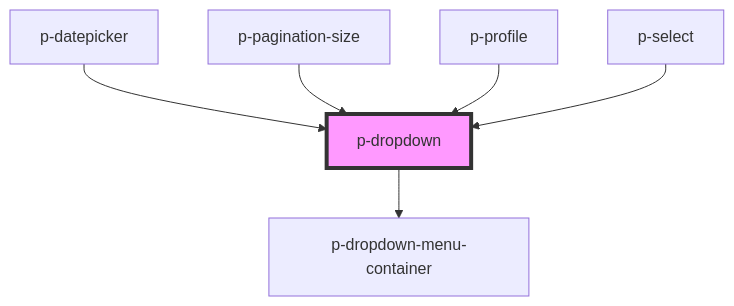
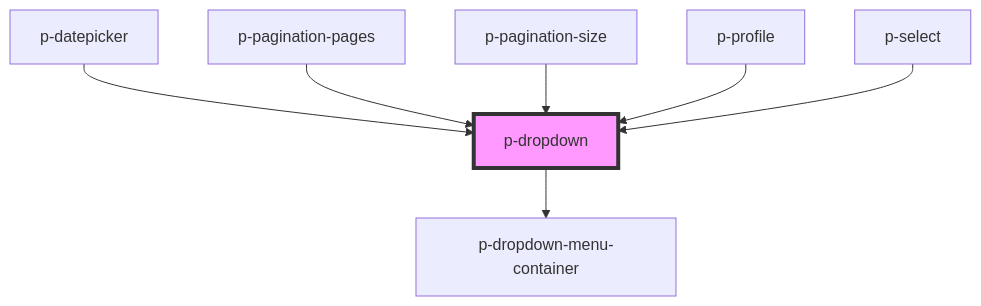
Before and after one commit to Employes/Paperless: the diagram in packages/core/src/components/molecules/dropdown/readme.md, drawn with Mermaid. The commit also changed other lines of this file and 4 other files, not shown here.

Commit message:
feat(atoms/dropdown-menu/item): Add pagination variant

````diff
--- a/packages/core/src/components/molecules/dropdown/readme.md
+++ b/packages/core/src/components/molecules/dropdown/readme.md
@@ -52,9 +53,10 @@
 ```mermaid
 graph TD;
   p-dropdown --> p-dropdown-menu-container
   p-datepicker --> p-dropdown
+  p-pagination-pages --> p-dropdown
   p-pagination-size --> p-dropdown
   p-profile --> p-dropdown
   p-select --> p-dropdown
   style p-dropdown fill:#f9f,stroke:#333,stroke-width:4px
 ```
````
